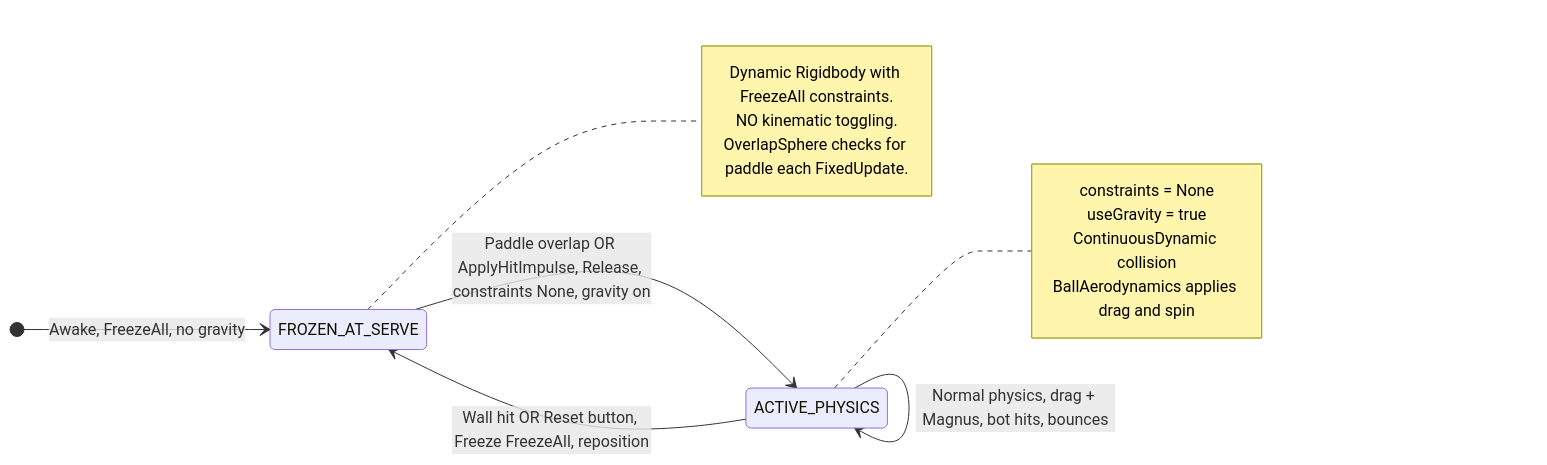
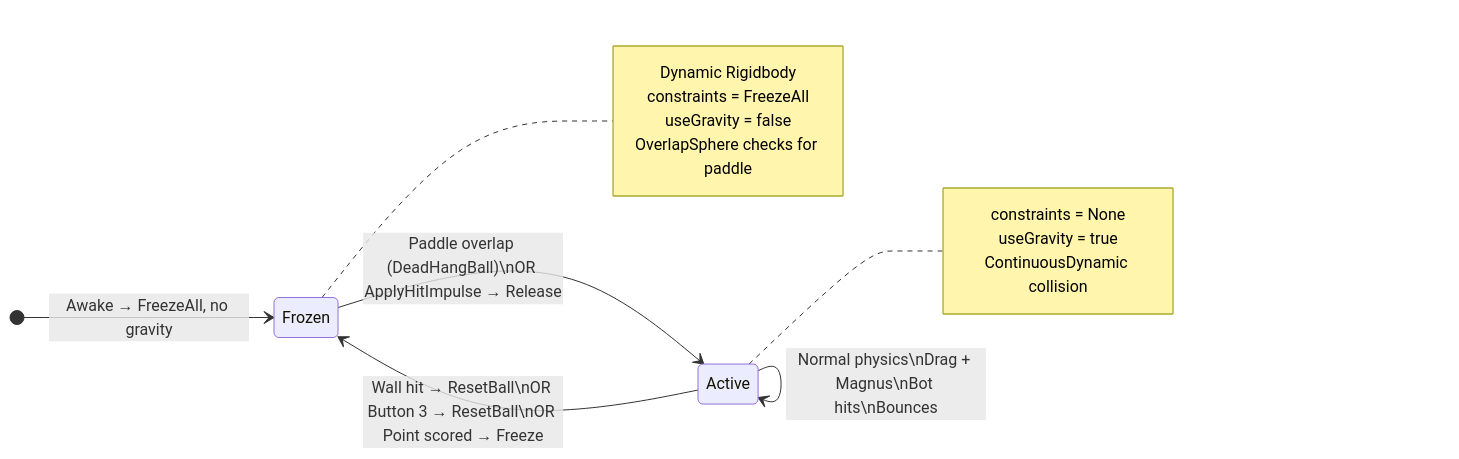
The fourth of 10 diagrams in Docs/UML_Diagrams.md (CG4002-AY2526S2-B03/Capstone_AR_Pickleball_Gameplay), drawn with Mermaid before and after one commit. The commit also changed other lines of this file and 29 other files, not shown here.

````diff
--- a/Docs/UML_Diagrams.md
+++ b/Docs/UML_Diagrams.md
@@ -276,25 +268,25 @@
 ```mermaid
 stateDiagram-v2
     direction LR
 
-    [*] --> FROZEN_AT_SERVE : Awake, FreezeAll, no gravity
+    [*] --> Frozen : Awake → FreezeAll, no gravity
 
-    FROZEN_AT_SERVE --> ACTIVE_PHYSICS : Paddle overlap OR ApplyHitImpulse, Release, constraints None, gravity on
+    Frozen --> Active : Paddle overlap (DeadHangBall)\nOR ApplyHitImpulse → Release
 
-    ACTIVE_PHYSICS --> FROZEN_AT_SERVE : Wall hit OR Reset button, Freeze FreezeAll, reposition
+    Active --> Frozen : Wall hit → ResetBall\nOR Button 3 → ResetBall\nOR Point scored → Freeze
 
-    ACTIVE_PHYSICS --> ACTIVE_PHYSICS : Normal physics, drag + Magnus, bot hits, bounces
+    Active --> Active : Normal physics\nDrag + Magnus\nBot hits\nBounces
 
-    note right of FROZEN_AT_SERVE
-        Dynamic Rigidbody with FreezeAll constraints.
-        NO kinematic toggling.
-        OverlapSphere checks for paddle each FixedUpdate.
+    note right of Frozen
+        Dynamic Rigidbody
+        constraints = FreezeAll
+        useGravity = false
+        OverlapSphere checks for paddle
     end note
 
-    note right of ACTIVE_PHYSICS
+    note right of Active
         constraints = None
         useGravity = true
         ContinuousDynamic collision
-        BallAerodynamics applies drag and spin
     end note
 ```
````
